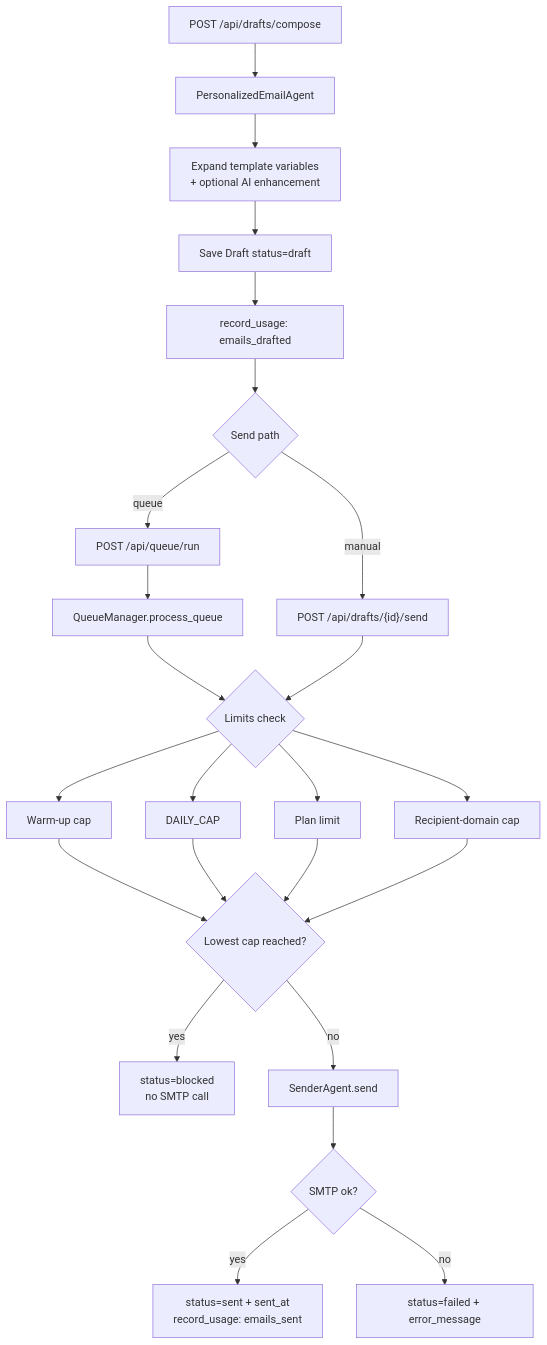
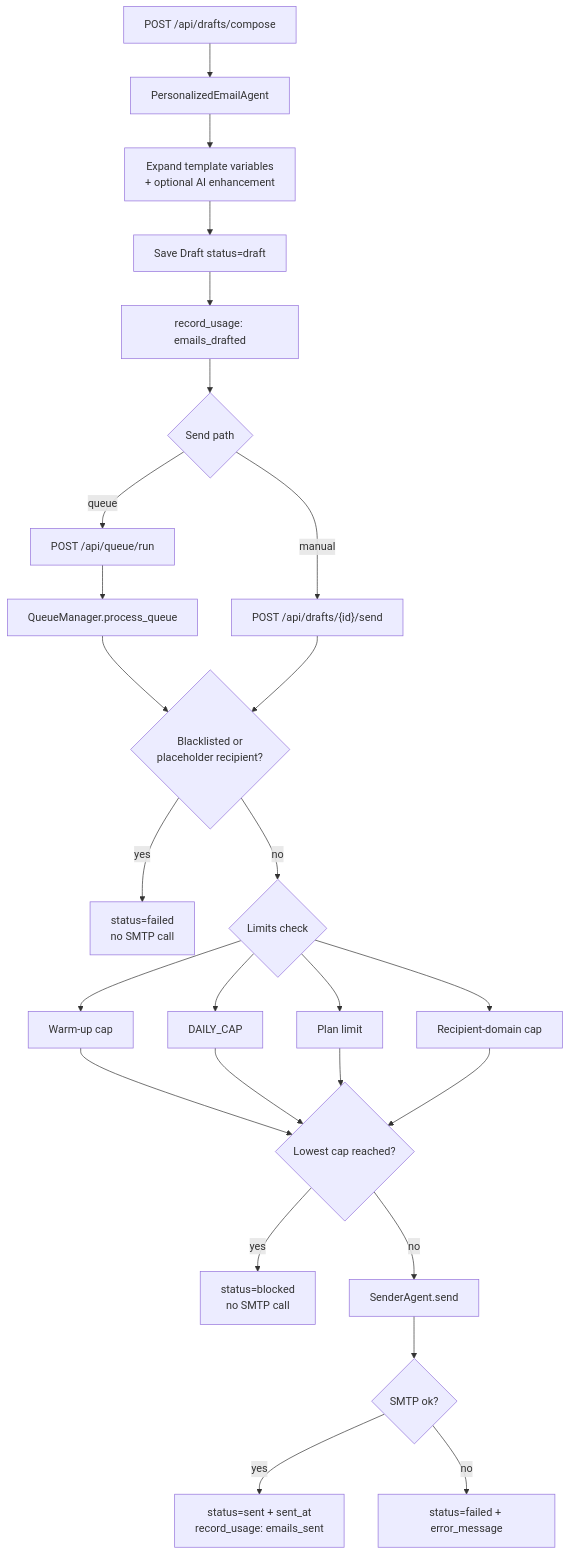
Before and after one commit to SurbhiMishra28/Email-Orchestrator-Agent: the third of 11 diagrams in docs/FLOWS.md, drawn with Mermaid. The commit also changed other lines of this file and 114 other files, not shown here.

````diff
--- a/docs/FLOWS.md
+++ b/docs/FLOWS.md
@@ -58,26 +65,28 @@
 ```mermaid
 flowchart TD
     A["POST /api/drafts/compose"] --> B[PersonalizedEmailAgent]
     B --> C[Expand template variables<br/>+ optional AI enhancement]
     C --> D[Save Draft status=draft]
     D --> E[record_usage: emails_drafted]
     E --> F{Send path}
     F -- manual --> G["POST /api/drafts/{id}/send"]
     F -- queue --> H["POST /api/queue/run"]
     H --> I[QueueManager.process_queue]
-    I --> J{Limits check}
-    G --> J
+    I --> I2{Blacklisted or<br/>placeholder recipient?}
+    G --> I2
+    I2 -- yes --> I3[status=failed<br/>no SMTP call]
+    I2 -- no --> J{Limits check}
     J --> K[Warm-up cap]
     J --> L[DAILY_CAP]
     J --> M[Plan limit]
     J --> N[Recipient-domain cap]
     K --> O{Lowest cap reached?}
     L --> O
     M --> O
     N --> O
     O -- yes --> P[status=blocked<br/>no SMTP call]
     O -- no --> Q[SenderAgent.send]
     Q --> R{SMTP ok?}
     R -- yes --> S[status=sent + sent_at<br/>record_usage: emails_sent]
     R -- no --> T[status=failed + error_message]
 ```
````
